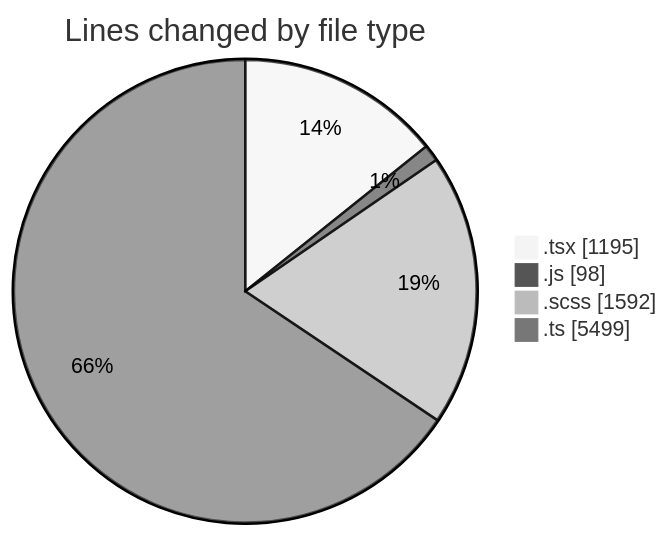
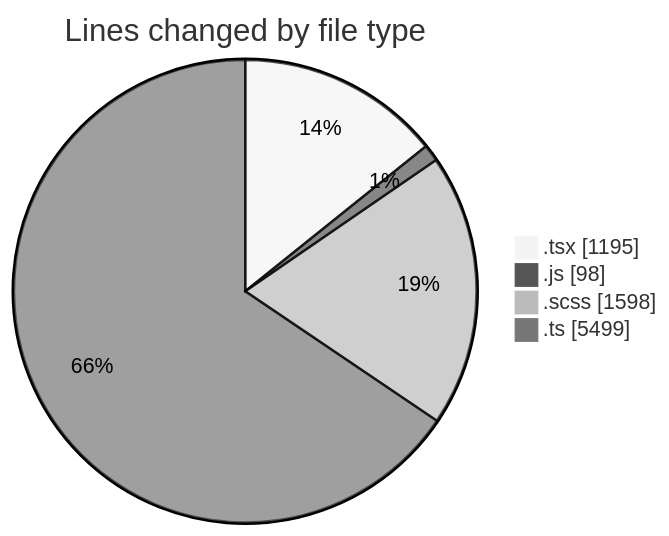
The first of 2 diagrams in 2025-03-31/cda/README.md (momahboobian/code-tracking), drawn with Mermaid (neutral theme) before and after one commit. The commit also changed other lines of this file and 1 other file, not shown here.

````diff
--- a/2025-03-31/cda/README.md
+++ b/2025-03-31/cda/README.md
@@ -39,8 +39,8 @@
 ```mermaid
 pie showData
 title Lines changed by file type
 ".tsx" : 1195
 ".js" : 98
-".scss" : 1592
+".scss" : 1598
 ".ts" : 5499
 ```
````
